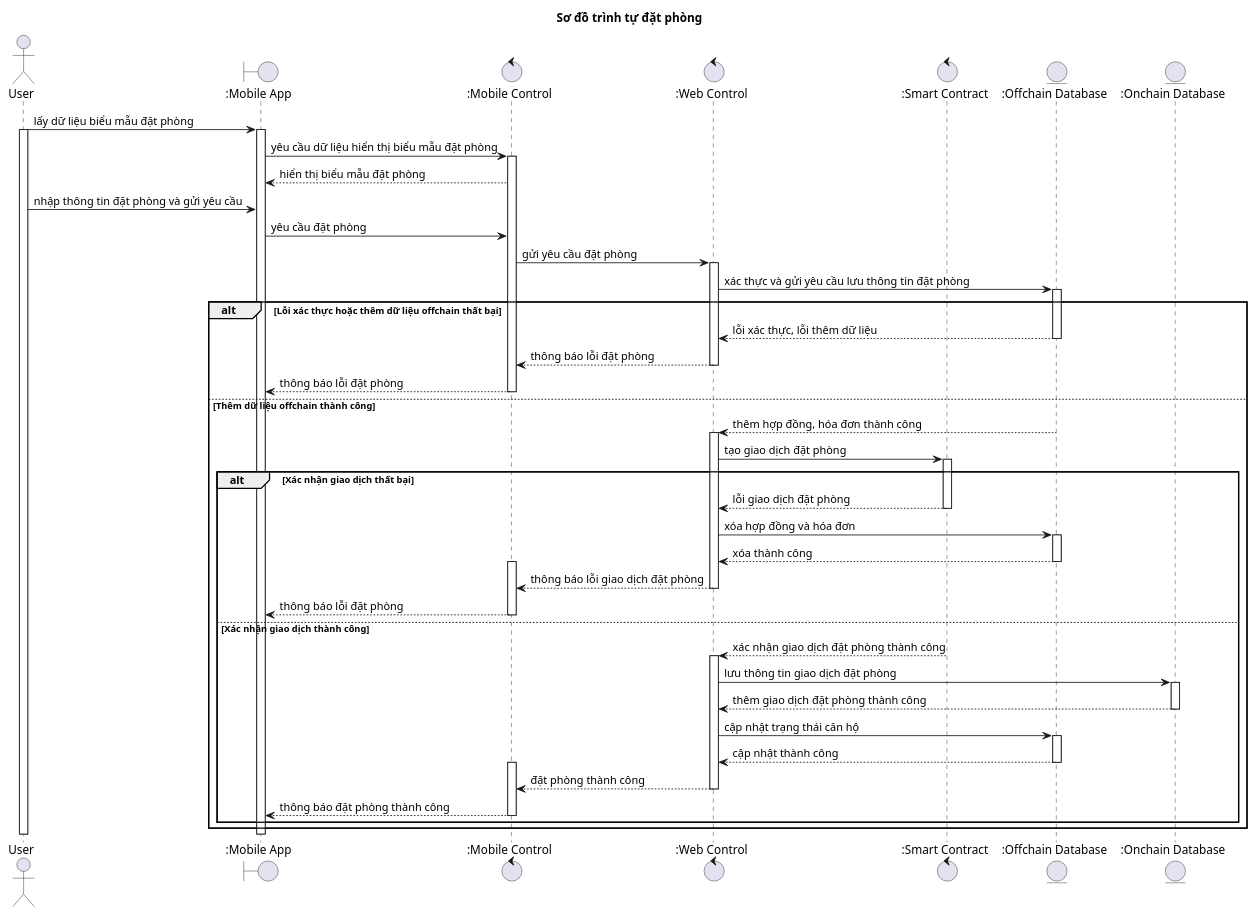
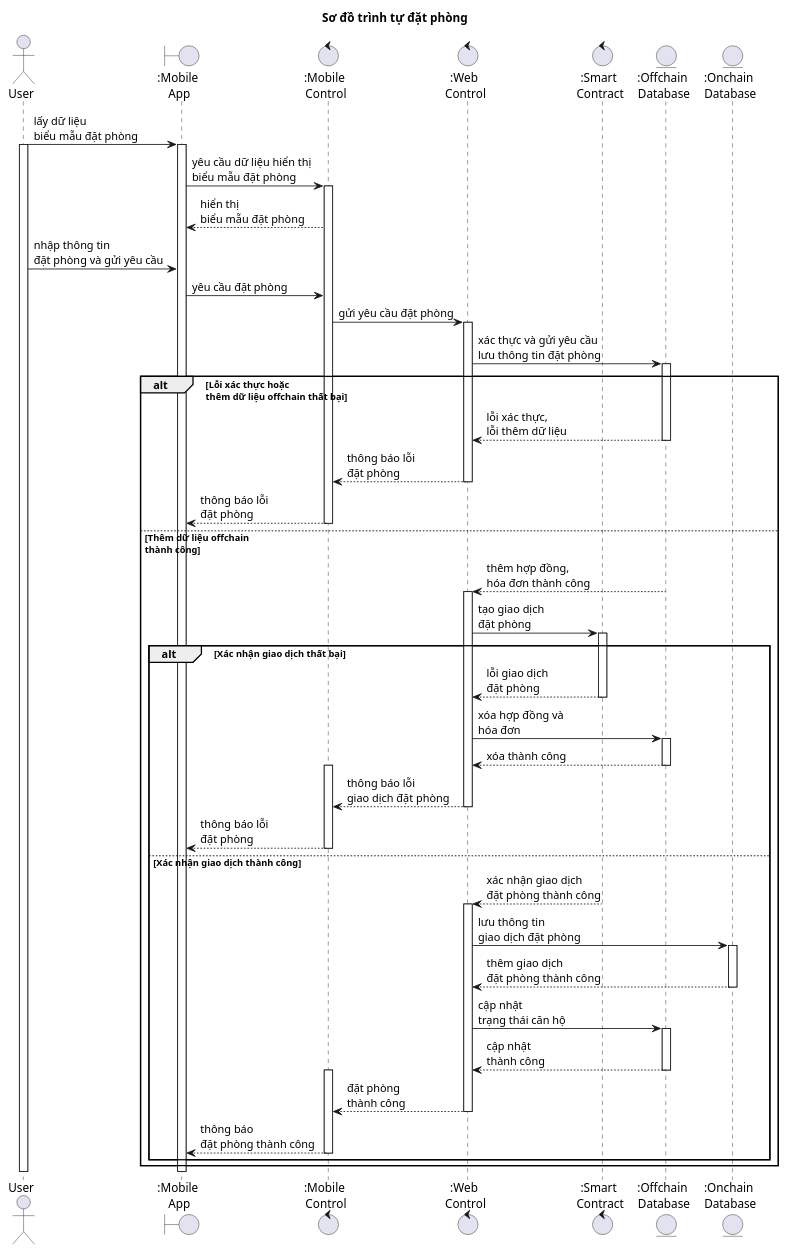
Before and after one commit to nho-moi-so/quan-ly-tim-kiem-phong-tro: the diagram in diagrams/sequences/guest/datphong.puml, drawn with PlantUML. The commit also changed 3 other files, not shown here.

```diff
--- a/diagrams/sequences/guest/datphong.puml
+++ b/diagrams/sequences/guest/datphong.puml
@@ -1,81 +1,81 @@
 @startuml datphong-sequence-diagram
 title "Sơ đồ trình tự đặt phòng"
 actor User as User
-boundary ":Mobile App" as MobileApp
-control ":Mobile Control" as MobileControl
-control ":Web Control" as WebControl
-control ":Smart Contract" as SmartContract
-entity ":Offchain Database" as OffchainDatabase
-entity ":Onchain Database" as OnchainDatabase
+boundary ":Mobile \nApp" as MobileApp
+control ":Mobile \nControl" as MobileControl
+control ":Web \nControl" as WebControl
+control ":Smart \nContract" as SmartContract
+entity ":Offchain \nDatabase" as OffchainDatabase
+entity ":Onchain \nDatabase" as OnchainDatabase
 
-User -> MobileApp: lấy dữ liệu biểu mẫu đặt phòng
+User -> MobileApp: lấy dữ liệu \nbiểu mẫu đặt phòng
 activate User
 activate MobileApp
-MobileApp -> MobileControl: yêu cầu dữ liệu hiển thị biểu mẫu đặt phòng
+MobileApp -> MobileControl: yêu cầu dữ liệu hiển thị \nbiểu mẫu đặt phòng
 activate MobileControl
-MobileControl --> MobileApp: hiển thị biểu mẫu đặt phòng
+MobileControl --> MobileApp: hiển thị \nbiểu mẫu đặt phòng
 
-User -> MobileApp: nhập thông tin đặt phòng và gửi yêu cầu
+User -> MobileApp: nhập thông tin \nđặt phòng và gửi yêu cầu
 MobileApp -> MobileControl: yêu cầu đặt phòng
 MobileControl -> WebControl: gửi yêu cầu đặt phòng
 activate WebControl
-WebControl -> OffchainDatabase: xác thực và gửi yêu cầu lưu thông tin đặt phòng
+WebControl -> OffchainDatabase: xác thực và gửi yêu cầu \nlưu thông tin đặt phòng
 activate OffchainDatabase
 
-alt Lỗi xác thực hoặc thêm dữ liệu offchain thất bại
-    OffchainDatabase --> WebControl: lỗi xác thực, lỗi thêm dữ liệu
+alt Lỗi xác thực hoặc \nthêm dữ liệu offchain thất bại
+    OffchainDatabase --> WebControl: lỗi xác thực, \nlỗi thêm dữ liệu
     deactivate OffchainDatabase
-    WebControl --> MobileControl: thông báo lỗi đặt phòng
+    WebControl --> MobileControl: thông báo lỗi \nđặt phòng
     deactivate WebControl
-    MobileControl --> MobileApp: thông báo lỗi đặt phòng
+    MobileControl --> MobileApp: thông báo lỗi \nđặt phòng
     deactivate MobileControl
-else Thêm dữ liệu offchain thành công
-    OffchainDatabase --> WebControl: thêm hợp đồng, hóa đơn thành công
+else Thêm dữ liệu offchain \nthành công
+    OffchainDatabase --> WebControl: thêm hợp đồng, \nhóa đơn thành công
     deactivate OffchainDatabase
     
     activate WebControl
-    WebControl -> SmartContract: tạo giao dịch đặt phòng
+    WebControl -> SmartContract: tạo giao dịch \nđặt phòng
     activate SmartContract
     alt Xác nhận giao dịch thất bại
-        SmartContract --> WebControl: lỗi giao dịch đặt phòng
+        SmartContract --> WebControl: lỗi giao dịch \nđặt phòng
         deactivate SmartContract
         
-        WebControl -> OffchainDatabase: xóa hợp đồng và hóa đơn
+        WebControl -> OffchainDatabase: xóa hợp đồng và \nhóa đơn
         activate OffchainDatabase
         OffchainDatabase --> WebControl: xóa thành công
         deactivate OffchainDatabase
 
         activate MobileControl
-        WebControl --> MobileControl: thông báo lỗi giao dịch đặt phòng
+        WebControl --> MobileControl: thông báo lỗi \ngiao dịch đặt phòng
         deactivate WebControl
-        MobileControl --> MobileApp: thông báo lỗi đặt phòng
+        MobileControl --> MobileApp: thông báo lỗi \nđặt phòng
         deactivate MobileControl
     else Xác nhận giao dịch thành công
-        SmartContract --> WebControl: xác nhận giao dịch đặt phòng thành công
+        SmartContract --> WebControl: xác nhận giao dịch \nđặt phòng thành công
         deactivate SmartContract
         activate WebControl
         
-        WebControl -> OnchainDatabase: lưu thông tin giao dịch đặt phòng
+        WebControl -> OnchainDatabase: lưu thông tin \ngiao dịch đặt phòng
         activate OnchainDatabase
-        OnchainDatabase --> WebControl: thêm giao dịch đặt phòng thành công
+        OnchainDatabase --> WebControl: thêm giao dịch \nđặt phòng thành công
         deactivate OnchainDatabase
         
-        WebControl -> OffchainDatabase: cập nhật trạng thái căn hộ
+        WebControl -> OffchainDatabase: cập nhật \ntrạng thái căn hộ
         activate OffchainDatabase
-        OffchainDatabase --> WebControl: cập nhật thành công
+        OffchainDatabase --> WebControl: cập nhật \nthành công
         deactivate OffchainDatabase
 
         activate MobileControl
-        WebControl --> MobileControl: đặt phòng thành công
+        WebControl --> MobileControl: đặt phòng \nthành công
         deactivate WebControl
-        MobileControl --> MobileApp: thông báo đặt phòng thành công
+        MobileControl --> MobileApp: thông báo \nđặt phòng thành công
         deactivate MobileControl
     end
 end
 
 deactivate WebControl
 deactivate MobileControl
 deactivate MobileApp
 deactivate User
 
 @enduml
```
